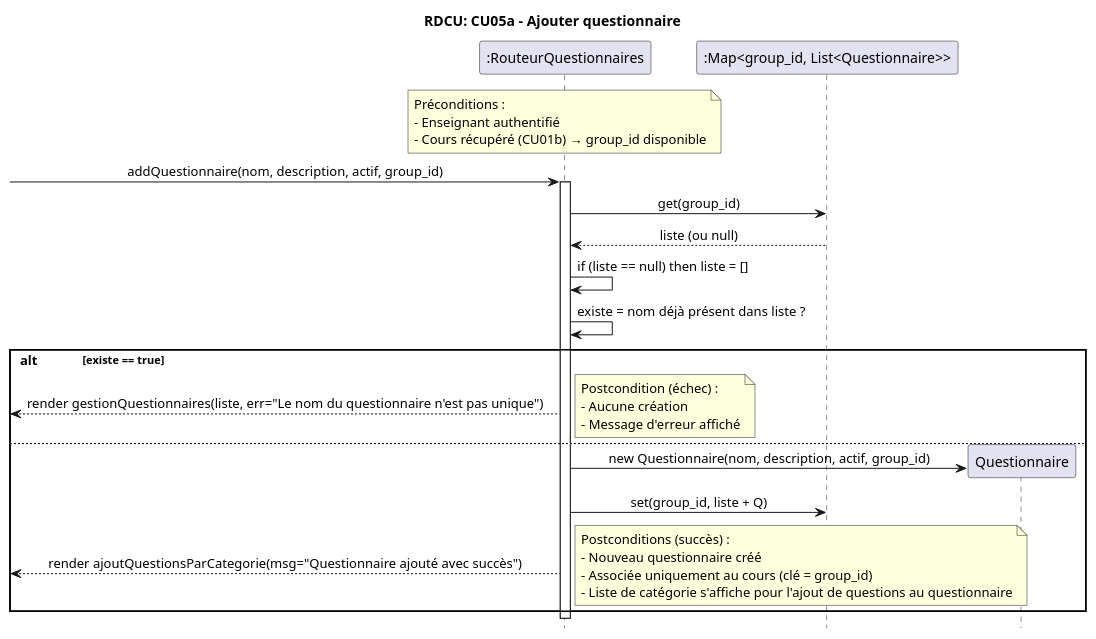
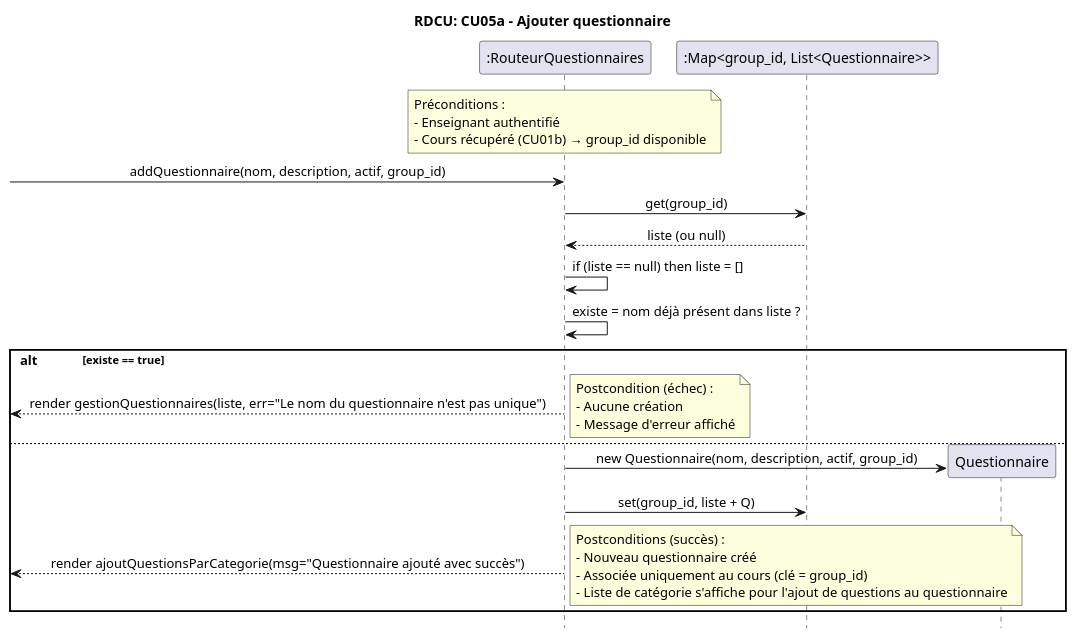
Before and after one commit to IshakMegatli1/MoodleCopy: the diagram in docs/modeles/CU05/RDCU-CU05a-addQuestionnaire.puml, drawn with PlantUML.

Commit message:
retrait de la boîte d'activation

```diff
--- a/docs/modeles/CU05/RDCU-CU05a-addQuestionnaire.puml
+++ b/docs/modeles/CU05/RDCU-CU05a-addQuestionnaire.puml
@@ -1,49 +1,49 @@
 @startuml
 skinparam sequenceMessageAlign center
 hide footbox
 title RDCU: CU05a - Ajouter questionnaire
 
 participant ":RouteurQuestionnaires" as RQ
 participant ":Map<group_id, List<Questionnaire>>" as STORE
 participant "Questionnaire" as Q
 
 ' Préconditions (CU01b déjà fait, group_id dispo)
 note over RQ
   Préconditions :
   - Enseignant authentifié
   - Cours récupéré (CU01b) → group_id disponible
 end note
 
 -> RQ : addQuestionnaire(nom, description, actif, group_id)
-activate RQ
+
 
 RQ -> STORE : get(group_id)
 STORE --> RQ : liste (ou null)
 RQ -> RQ : if (liste == null) then liste = []
 
 RQ -> RQ : existe = nom déjà présent dans liste ?
 
 alt existe == true
   <-- RQ: render gestionQuestionnaires(liste, err="Le nom du questionnaire n'est pas unique")
   note left
     Postcondition (échec) :
     - Aucune création
     - Message d'erreur affiché
   end note
 else
   create Q
   RQ -> Q : new Questionnaire(nom, description, actif, group_id)
 
   RQ -> STORE : set(group_id, liste + Q)
 
   <-- RQ: render ajoutQuestionsParCategorie(msg="Questionnaire ajouté avec succès")
   note left
     Postconditions (succès) :
     - Nouveau questionnaire créé
     - Associée uniquement au cours (clé = group_id)
     - Liste de catégorie s'affiche pour l'ajout de questions au questionnaire
   end note
 end
 
-deactivate RQ
+
 @enduml
```
